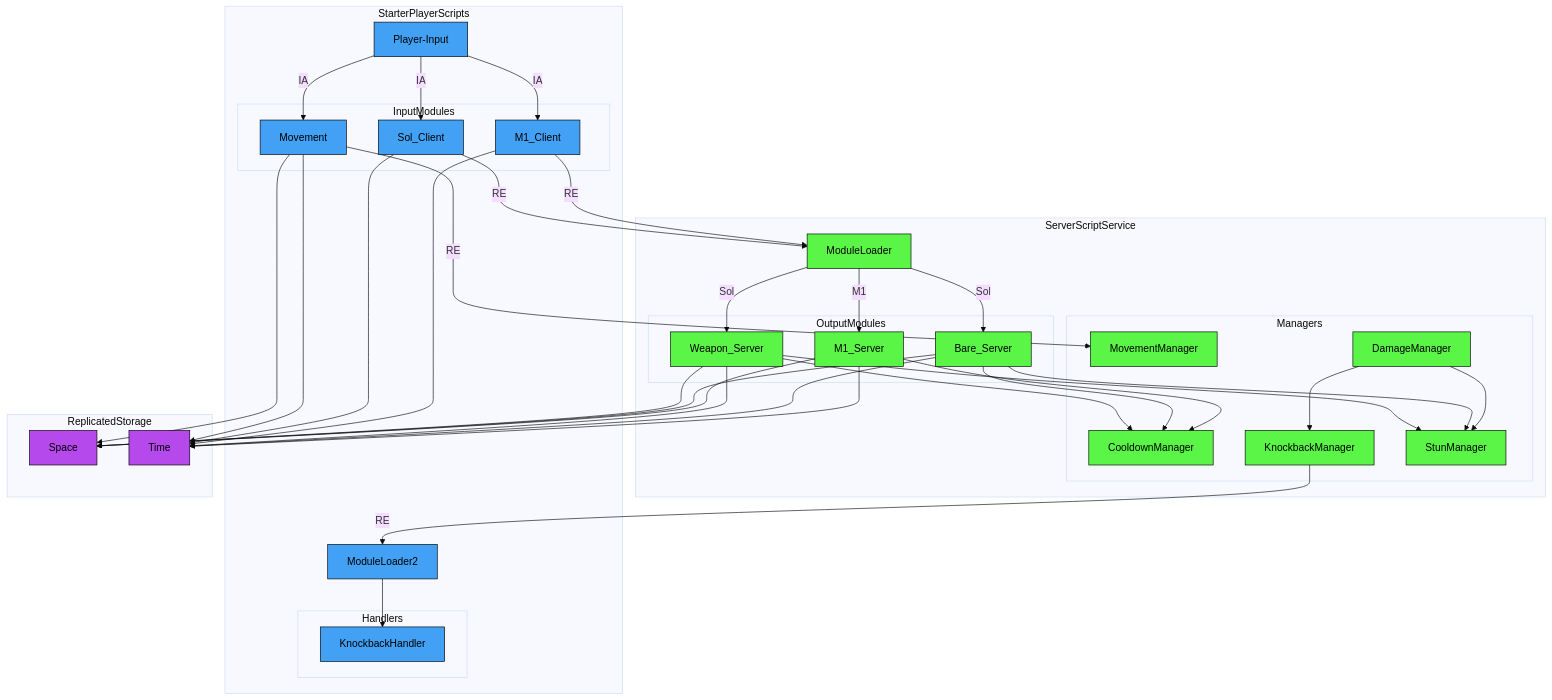
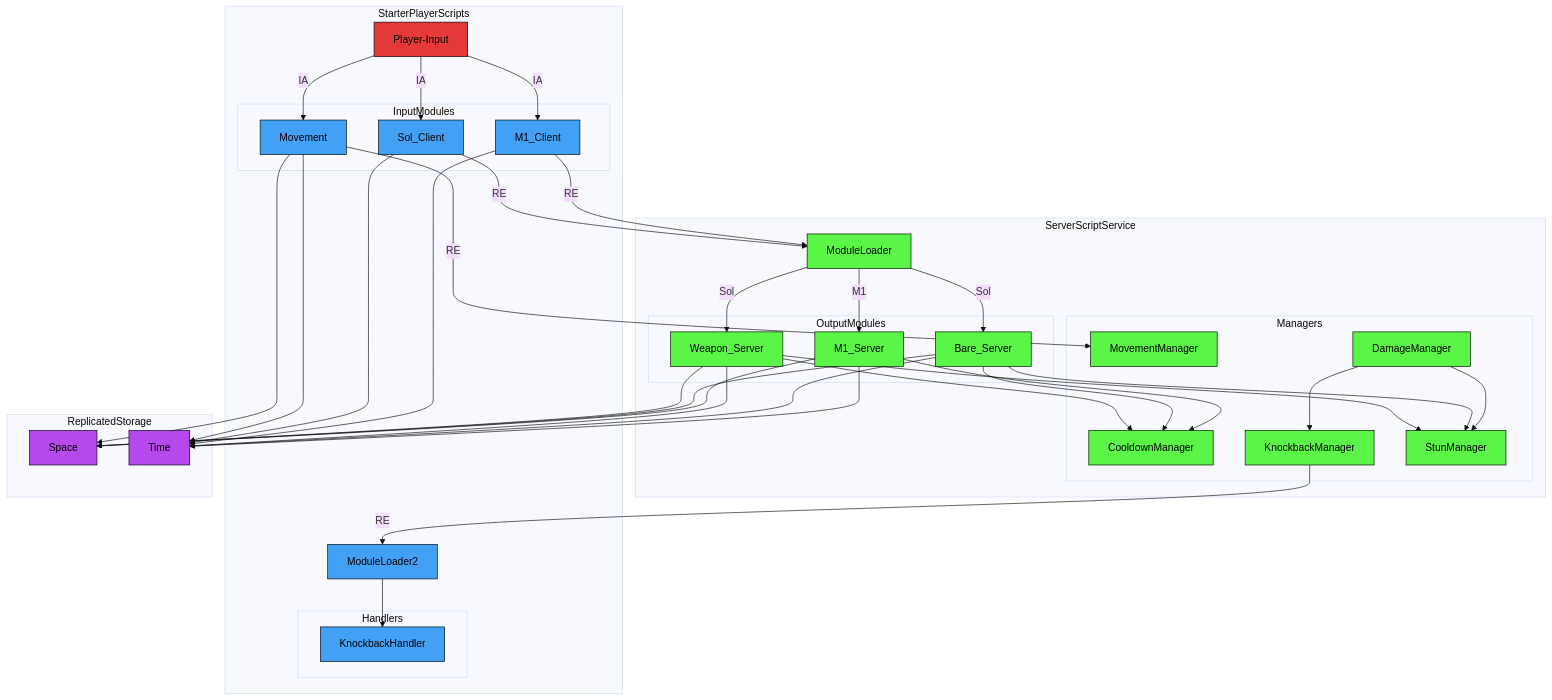
Before and after one commit to altair5607249/Crusaders-Game: the second of 3 diagrams in README.md, drawn with Mermaid (base theme). The commit also changed other lines of this file, not shown here.

````diff
--- a/README.md
+++ b/README.md
@@ -127,6 +137,7 @@
 ```mermaid
 flowchart TB;
 
+  classDef eventNode fill:#e33939,stroke:#000000,color:#000000
   classDef serverNode fill:#5bf547,stroke:#000000,color:#000000
   classDef clientNode fill:#42a1f5,stroke:#000000,color:#000000
   classDef universalNode fill:#b549eb,stroke:#000000,color:#000000
@@ -204,7 +215,8 @@
   Movement-->Space;
   Movement-->Time;
 
+  class Player-Input eventNode;
   class ModuleLoader,M1_Server,Bare_Server,Weapon_Server,MovementManager,DamageManager,KnockbackManager,StunManager,CooldownManager serverNode;
-  class ModuleLoader2,Player-Input,M1_Client,Sol_Client,Movement,KnockbackHandler clientNode;
+  class ModuleLoader2,M1_Client,Sol_Client,Movement,KnockbackHandler clientNode;
   class Space,Time universalNode;
 ```
````
